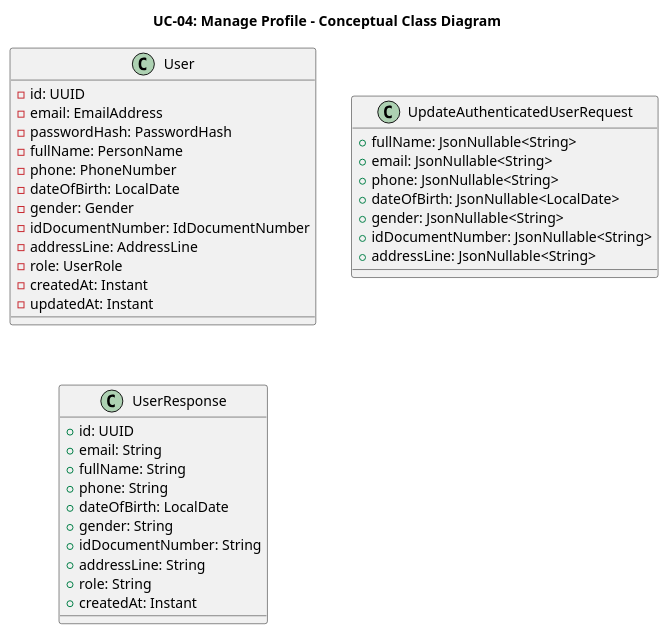
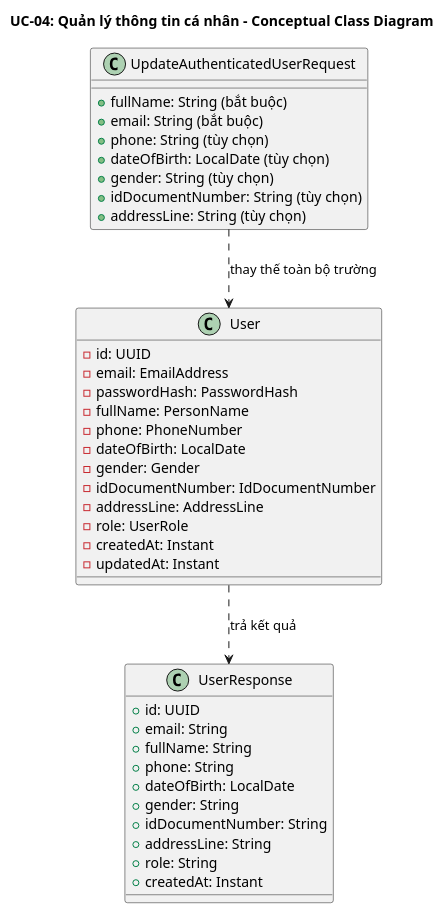
One commit to Phunguy65/train-ticket-booking-system-plus changed the fourth of 7 diagrams in docs/usecases/UC-04-quan-ly-thong-tin-ca-nhan.md. Above: the diagram before and after it, drawn with PlantUML. The commit also changed other lines of this file and 14 other files, not shown here.

````diff
--- a/docs/usecases/UC-04-quan-ly-thong-tin-ca-nhan.md
+++ b/docs/usecases/UC-04-quan-ly-thong-tin-ca-nhan.md
@@ -115,43 +133,46 @@
 ```plantuml
 @startuml UC-04-class
-title UC-04: Manage Profile - Conceptual Class Diagram
+title UC-04: Quản lý thông tin cá nhân - Conceptual Class Diagram
 
 class "User" as User {
   - id: UUID
   - email: EmailAddress
   - passwordHash: PasswordHash
   - fullName: PersonName
   - phone: PhoneNumber
   - dateOfBirth: LocalDate
   - gender: Gender
   - idDocumentNumber: IdDocumentNumber
   - addressLine: AddressLine
   - role: UserRole
   - createdAt: Instant
   - updatedAt: Instant
 }
 
 class "UpdateAuthenticatedUserRequest" as ReqDTO {
-  + fullName: JsonNullable<String>
-  + email: JsonNullable<String>
-  + phone: JsonNullable<String>
-  + dateOfBirth: JsonNullable<LocalDate>
-  + gender: JsonNullable<String>
-  + idDocumentNumber: JsonNullable<String>
-  + addressLine: JsonNullable<String>
+  + fullName: String (bắt buộc)
+  + email: String (bắt buộc)
+  + phone: String (tùy chọn)
+  + dateOfBirth: LocalDate (tùy chọn)
+  + gender: String (tùy chọn)
+  + idDocumentNumber: String (tùy chọn)
+  + addressLine: String (tùy chọn)
 }
 
 class "UserResponse" as ResDTO {
   + id: UUID
   + email: String
   + fullName: String
   + phone: String
   + dateOfBirth: LocalDate
   + gender: String
   + idDocumentNumber: String
   + addressLine: String
   + role: String
   + createdAt: Instant
 }
+
+ReqDTO ..> User : thay thế toàn bộ trường
+User ..> ResDTO : trả kết quả
 @enduml
 ```
````
